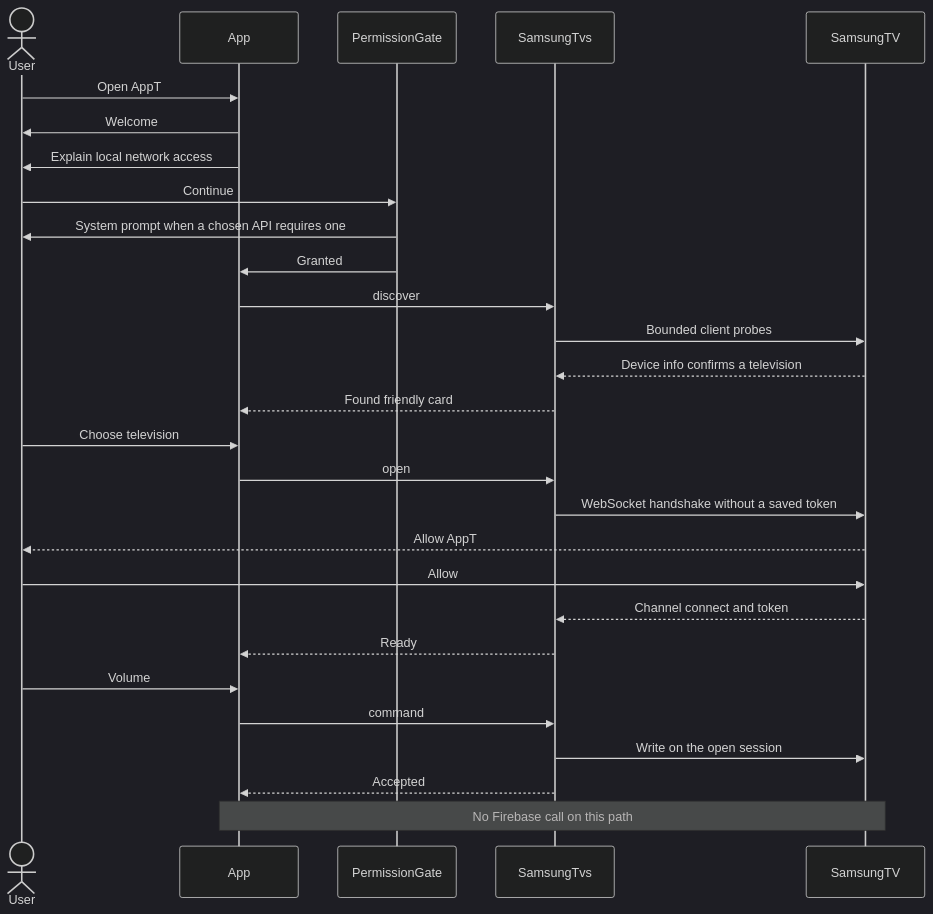
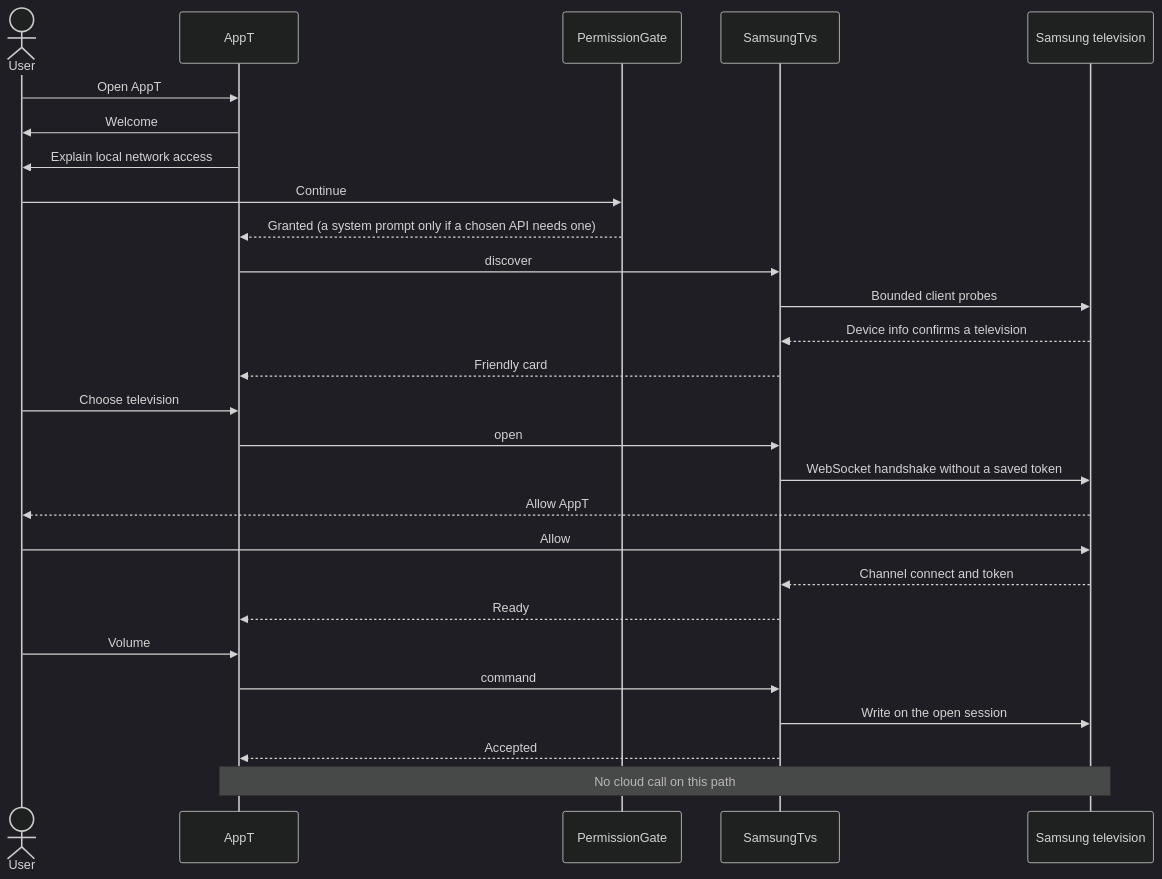
One commit to anthracite-labs/AppT changed the first of 14 diagrams in docs/architecture/flows.md. Above: the diagram before and after it, drawn with Mermaid (dark theme). The commit also changed other lines of this file and 21 other files, not shown here.

First line of the commit message:
Complete V1 architecture closure and rebuild the implementation slice map

````diff
--- a/docs/architecture/flows.md
+++ b/docs/architecture/flows.md
@@ -13,30 +13,29 @@
 ```mermaid
 sequenceDiagram
   actor User
-  participant App
+  participant App as AppT
   participant Gate as PermissionGate
   participant Samsung as SamsungTvs
-  participant TV as SamsungTV
+  participant TV as Samsung television
   User->>App: Open AppT
   App->>User: Welcome
   App->>User: Explain local network access
   User->>Gate: Continue
-  Gate->>User: System prompt when a chosen API requires one
-  Gate->>App: Granted
+  Gate-->>App: Granted (a system prompt only if a chosen API needs one)
   App->>Samsung: discover
   Samsung->>TV: Bounded client probes
   TV-->>Samsung: Device info confirms a television
-  Samsung-->>App: Found friendly card
+  Samsung-->>App: Friendly card
   User->>App: Choose television
   App->>Samsung: open
   Samsung->>TV: WebSocket handshake without a saved token
   TV-->>User: Allow AppT
   User->>TV: Allow
   TV-->>Samsung: Channel connect and token
   Samsung-->>App: Ready
   User->>App: Volume
   App->>Samsung: command
   Samsung->>TV: Write on the open session
   Samsung-->>App: Accepted
-  Note over App,TV: No Firebase call on this path
+  Note over App,TV: No cloud call on this path
 ```
````
